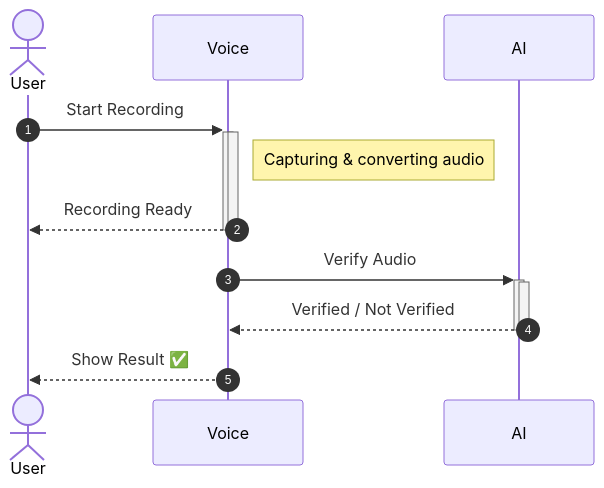
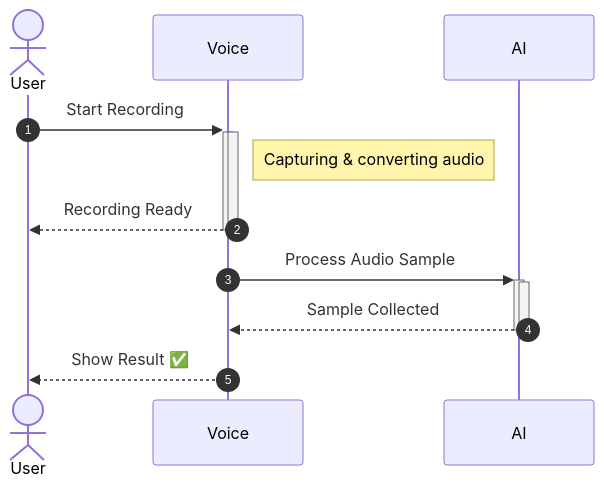
The second of 3 diagrams in CallTranscription/voice_sample.md (Harshita-capsitech/EmailDocs), drawn with Mermaid before and after one commit. The commit also changed other lines of this file, not shown here.

````diff
--- a/CallTranscription/voice_sample.md
+++ b/CallTranscription/voice_sample.md
@@ -104,20 +104,20 @@
 ```mermaid
 sequenceDiagram
     autonumber
     actor User
     participant Voice
     participant AI
 
     User->>+Voice: Start Recording
     activate Voice
     Note right of Voice: Capturing & converting audio
     Voice-->>-User: Recording Ready
     deactivate Voice
 
-    Voice->>+AI: Verify Audio
+    Voice->>+AI: Process Audio Sample
     activate AI
-    AI-->>-Voice: Verified / Not Verified
+    AI-->>-Voice: Sample Collected
     deactivate AI
 
     Voice-->>User: Show Result ✅
 ```
````
